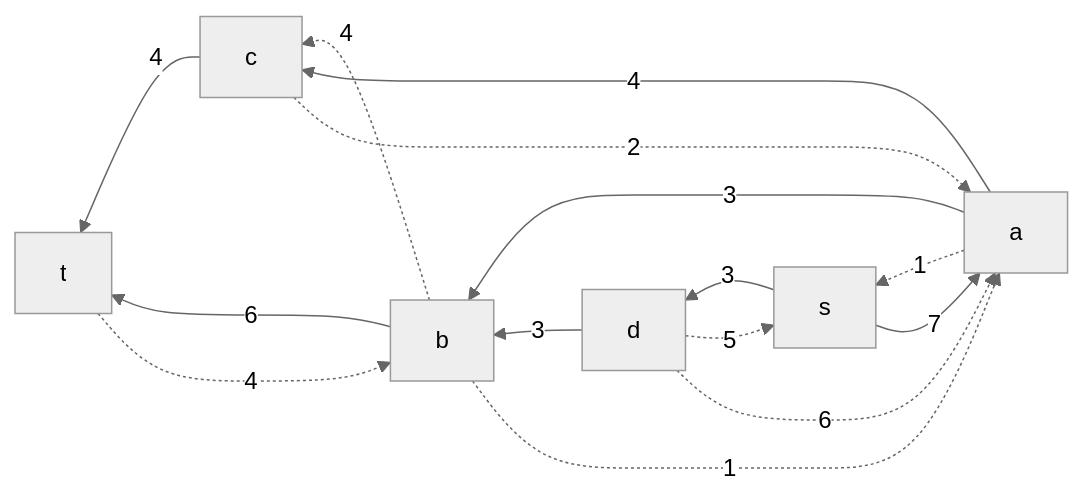
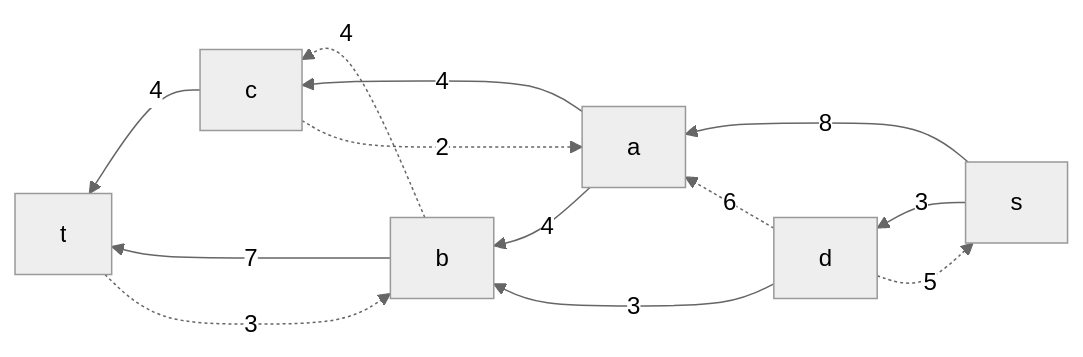
One commit to hse-algo-24-crow/manual-tasks-crow changed the fifth of 7 diagrams in task-9/digital-racers.md. Above: the diagram before and after it, drawn with Mermaid (neutral theme). The commit also changed other lines of this file, not shown here.

````diff
--- a/task-9/digital-racers.md
+++ b/task-9/digital-racers.md
@@ -89,17 +87,16 @@
 ```mermaid
 graph RL
-a-.->|1|s
-s-->|7|a
+s-->|8|a
 d-.->|5|s
 s-->|3|d
-b-.->|1|a
-a-->|3|b
+a-->|4|b
 d-.->|6|a
 d-->|3|b
 b-.->|4|c
 c-->|4|t
-b-->|6|t
-t-.->|4|b
+b-->|7|t
+t-.->|3|b
 c-.->|2|a
 a-->|4|c
+
 ```
````
